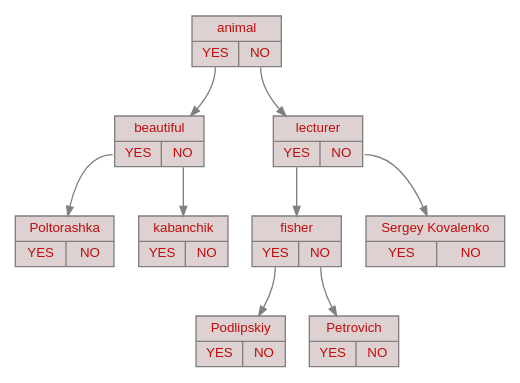
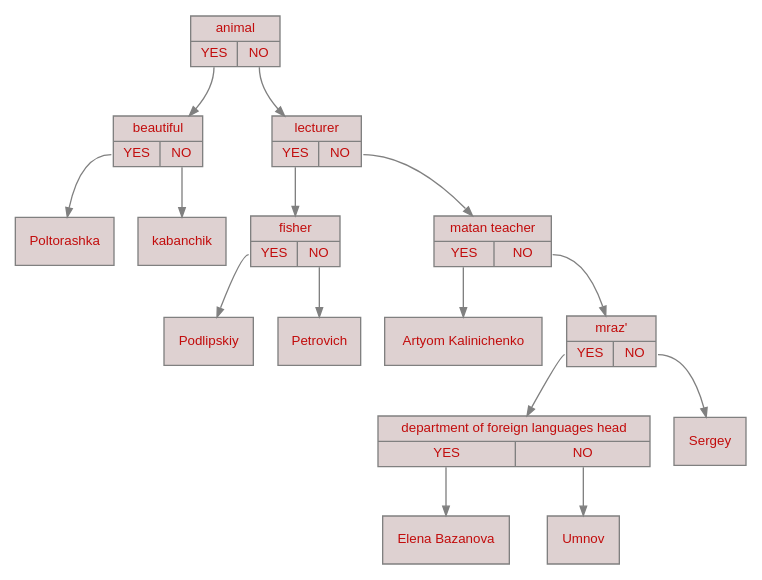
Before and after one commit to Sergey3G/Task-4-Akinator: the diagram in list.gv, drawn with Graphviz. The commit also changed 6 other files, not shown here.

```diff
--- a/list.gv
+++ b/list.gv
@@ -1,23 +1,35 @@
 digraph G {
   bgcolor="#ffffffff";
   node [shape=record, fontname="Helvetica", fontsize=10, style=filled, fillcolor="#ded1d1ff", fontcolor="#c20c0cff", color=gray];
   edge [arrowsize=0.7, color=gray];
 
   node0 [label="{ animal | {<yes> YES | <no >NO}}"];
   node1 [label="{ beautiful | {<yes> YES | <no >NO}}"];
-  node2 [label="{ Poltorashka | {<yes> YES | <no >NO}}"];
+  node2 [label="{ Poltorashka }"];
   node1:yes -> node2;
-  node3 [label="{ kabanchik | {<yes> YES | <no >NO}}"];
+  node3 [label="{ kabanchik }"];
   node1:no -> node3;
   node0:yes -> node1;
   node4 [label="{ lecturer | {<yes> YES | <no >NO}}"];
   node5 [label="{ fisher | {<yes> YES | <no >NO}}"];
-  node6 [label="{ Podlipskiy | {<yes> YES | <no >NO}}"];
+  node6 [label="{ Podlipskiy }"];
   node5:yes -> node6;
-  node7 [label="{ Petrovich | {<yes> YES | <no >NO}}"];
+  node7 [label="{ Petrovich }"];
   node5:no -> node7;
   node4:yes -> node5;
-  node8 [label="{ Sergey Kovalenko | {<yes> YES | <no >NO}}"];
+  node8 [label="{ matan teacher | {<yes> YES | <no >NO}}"];
+  node9 [label="{ Artyom Kalinichenko }"];
+  node8:yes -> node9;
+  node10 [label="{ mraz' | {<yes> YES | <no >NO}}"];
+  node11 [label="{ department of foreign languages head | {<yes> YES | <no >NO}}"];
+  node12 [label="{ Elena Bazanova }"];
+  node11:yes -> node12;
+  node13 [label="{ Umnov }"];
+  node11:no -> node13;
+  node10:yes -> node11;
+  node14 [label="{ Sergey }"];
+  node10:no -> node14;
+  node8:no -> node10;
   node4:no -> node8;
   node0:no -> node4;
 }
```
